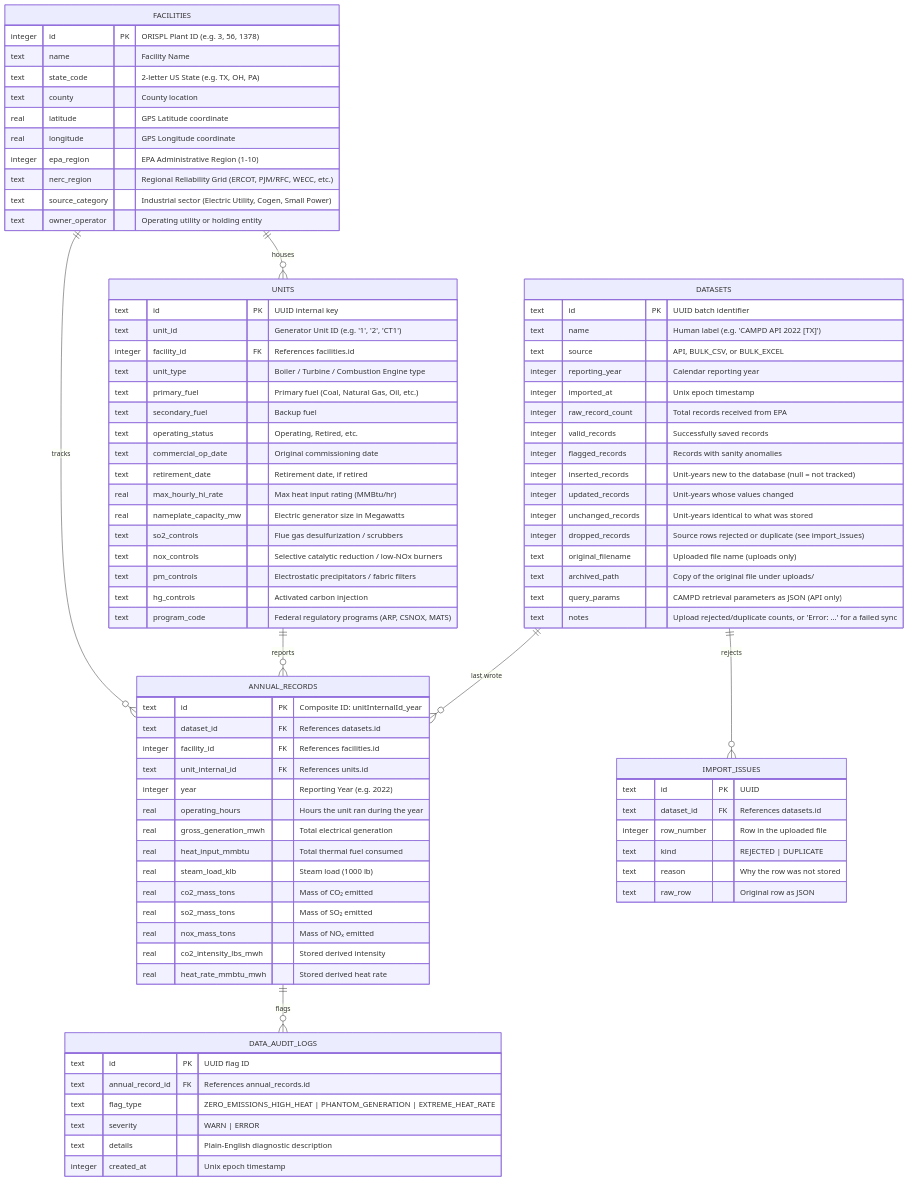
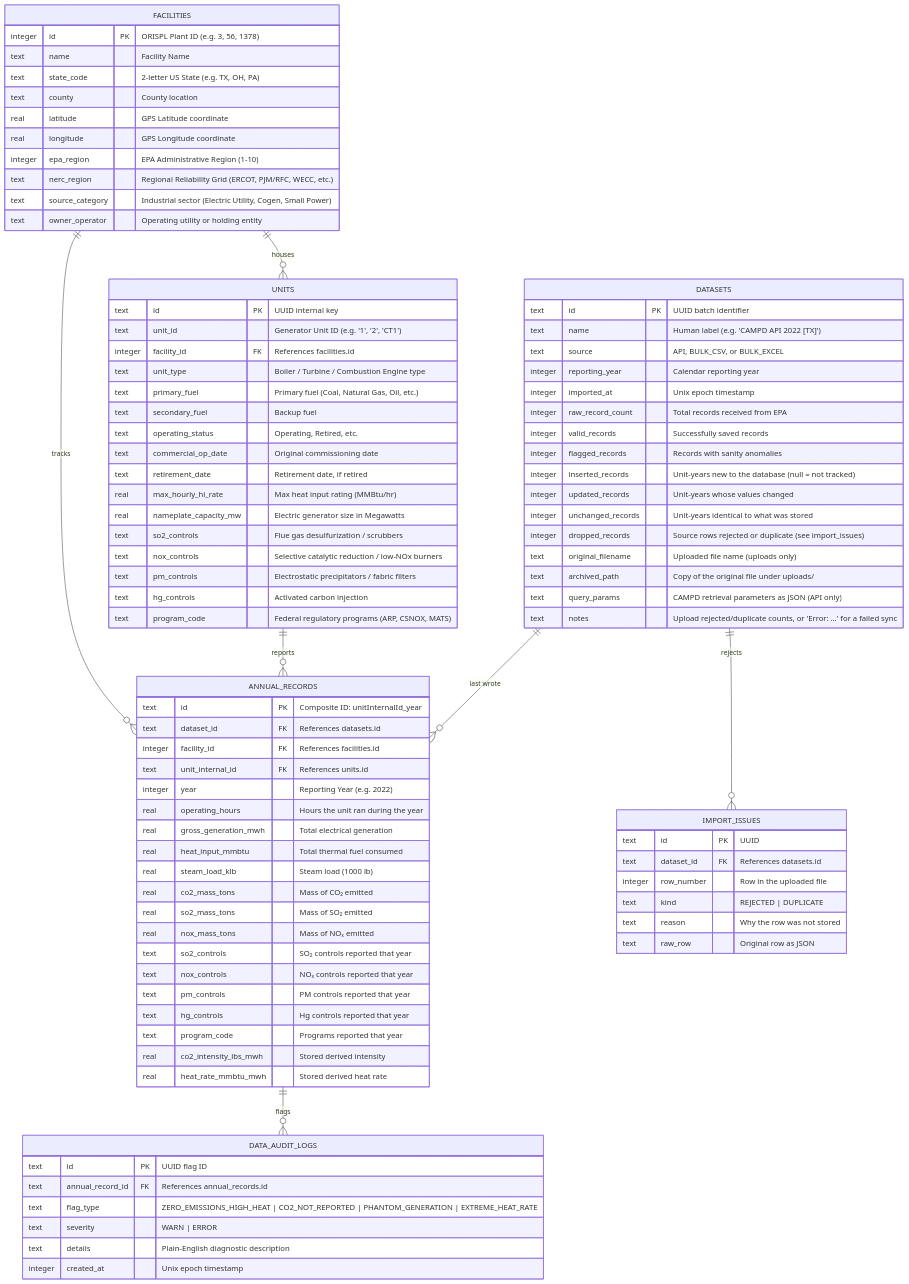
Before and after one commit to raajbanga/cs396-project: the second of 4 diagrams in DATABASE_BREAKDOWN.md, drawn with Mermaid. The commit also changed other lines of this file and 41 other files, not shown here.

First line of the commit message:
Missing-vs-zero metrics, per-year controls, transactional imports

```diff
--- a/DATABASE_BREAKDOWN.md
+++ b/DATABASE_BREAKDOWN.md
@@ -146,6 +146,11 @@
         real co2_mass_tons "Mass of CO₂ emitted"
         real so2_mass_tons "Mass of SO₂ emitted"
         real nox_mass_tons "Mass of NOₓ emitted"
+        text so2_controls "SO₂ controls reported that year"
+        text nox_controls "NOₓ controls reported that year"
+        text pm_controls "PM controls reported that year"
+        text hg_controls "Hg controls reported that year"
+        text program_code "Programs reported that year"
         real co2_intensity_lbs_mwh "Stored derived intensity"
         real heat_rate_mmbtu_mwh "Stored derived heat rate"
     }
@@ -162,7 +167,7 @@
     DATA_AUDIT_LOGS {
         text id PK "UUID flag ID"
         text annual_record_id FK "References annual_records.id"
-        text flag_type "ZERO_EMISSIONS_HIGH_HEAT | PHANTOM_GENERATION | EXTREME_HEAT_RATE"
+        text flag_type "ZERO_EMISSIONS_HIGH_HEAT | CO2_NOT_REPORTED | PHANTOM_GENERATION | EXTREME_HEAT_RATE"
         text severity "WARN | ERROR"
         text details "Plain-English diagnostic description"
         integer created_at "Unix epoch timestamp"
```
